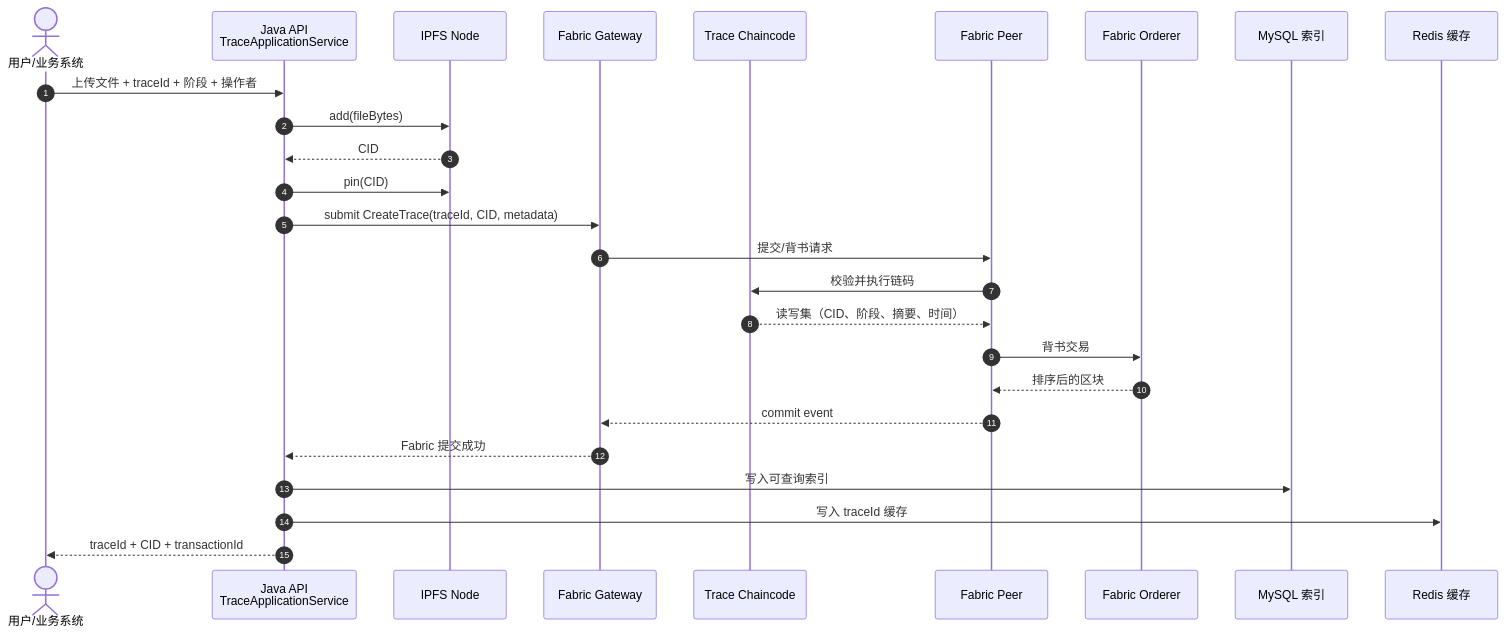
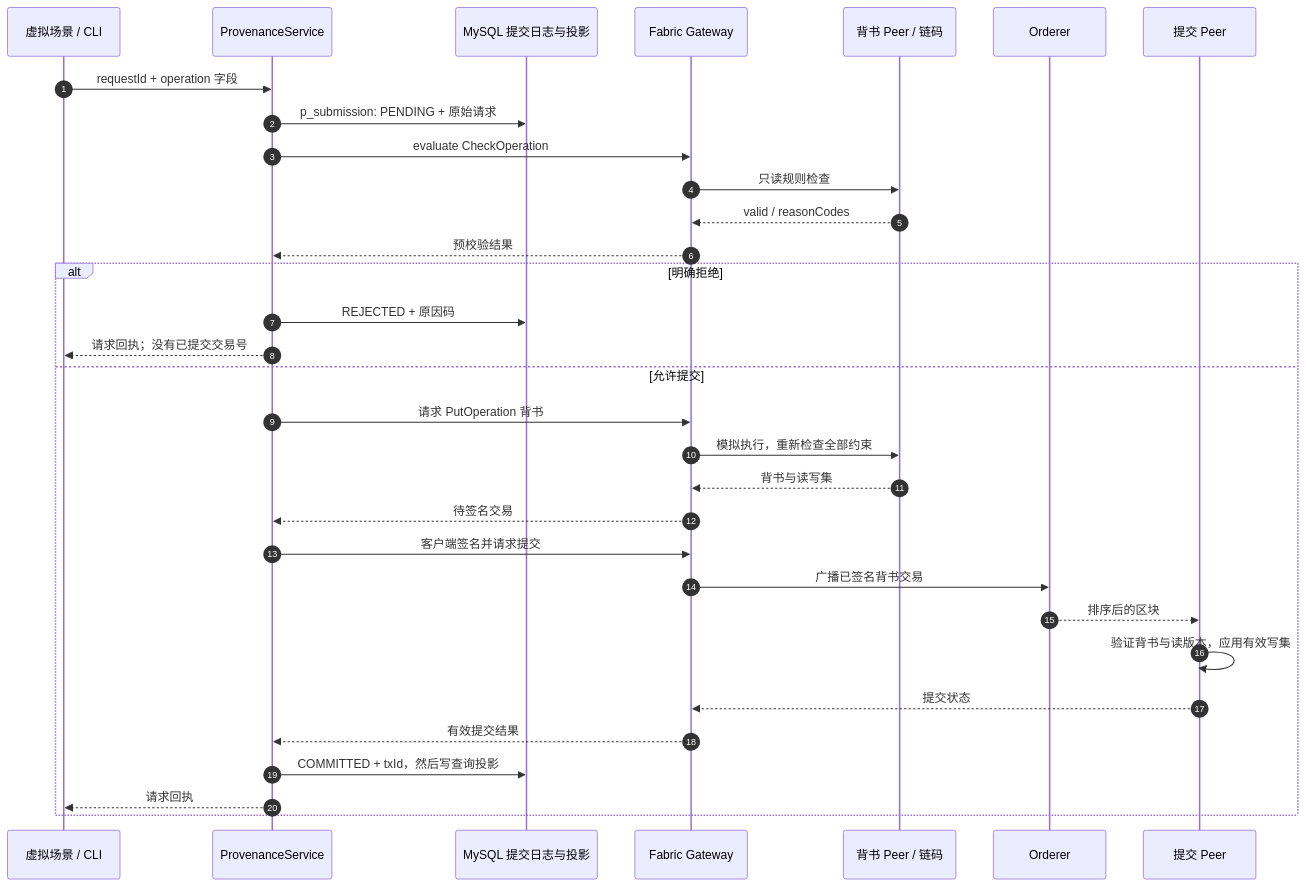
One commit to Keep-Passionate/blockchain-storage-lab changed the first of 2 diagrams in docs/05-data-flow.md. Above: the diagram before and after it, drawn with Mermaid. The commit also changed other lines of this file and 38 other files, not shown here.

Commit message:
feat: add four-layer Fabric provenance with IPFS evidence and SQL projections

````diff
--- a/docs/05-data-flow.md
+++ b/docs/05-data-flow.md
@@ -9,29 +19,34 @@
 ```mermaid
 sequenceDiagram
     autonumber
-    actor User as 用户/业务系统
-    participant API as Java API<br/>TraceApplicationService
-    participant IPFS as IPFS Node
-    participant GW as Fabric Gateway
-    participant CC as Trace Chaincode
-    participant Peer as Fabric Peer
-    participant Ord as Fabric Orderer
-    participant MySQL as MySQL 索引
-    participant Redis as Redis 缓存
-
-    User->>API: 上传文件 + traceId + 阶段 + 操作者
-    API->>IPFS: add(fileBytes)
-    IPFS-->>API: CID
-    API->>IPFS: pin(CID)
-    API->>GW: submit CreateTrace(traceId, CID, metadata)
-    GW->>Peer: 提交/背书请求
-    Peer->>CC: 校验并执行链码
-    CC-->>Peer: 读写集（CID、阶段、摘要、时间）
-    Peer->>Ord: 背书交易
-    Ord-->>Peer: 排序后的区块
-    Peer-->>GW: commit event
-    GW-->>API: Fabric 提交成功
-    API->>MySQL: 写入可查询索引
-    API->>Redis: 写入 traceId 缓存
-    API-->>User: traceId + CID + transactionId
+    participant U as 虚拟场景 / CLI
+    participant J as ProvenanceService
+    participant DB as MySQL 提交日志与投影
+    participant G as Fabric Gateway
+    participant E as 背书 Peer / 链码
+    participant O as Orderer
+    participant C as 提交 Peer
+    U->>J: requestId + operation 字段
+    J->>DB: p_submission: PENDING + 原始请求
+    J->>G: evaluate CheckOperation
+    G->>E: 只读规则检查
+    E-->>G: valid / reasonCodes
+    G-->>J: 预校验结果
+    alt 明确拒绝
+        J->>DB: REJECTED + 原因码
+        J-->>U: 请求回执；没有已提交交易号
+    else 允许提交
+        J->>G: 请求 PutOperation 背书
+        G->>E: 模拟执行，重新检查全部约束
+        E-->>G: 背书与读写集
+        G-->>J: 待签名交易
+        J->>G: 客户端签名并请求提交
+        G->>O: 广播已签名背书交易
+        O-->>C: 排序后的区块
+        C->>C: 验证背书与读版本，应用有效写集
+        C-->>G: 提交状态
+        G-->>J: 有效提交结果
+        J->>DB: COMMITTED + txId，然后写查询投影
+        J-->>U: 请求回执
+    end
 ```
````
